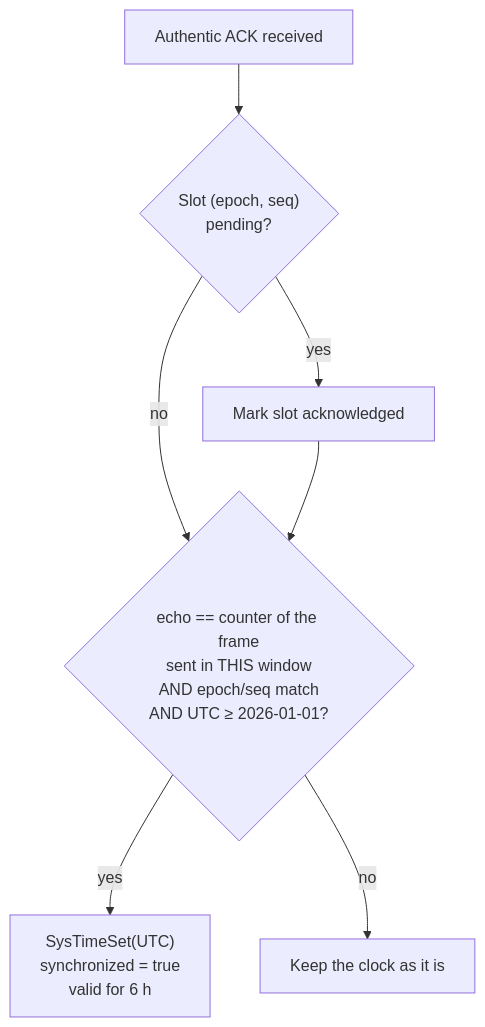
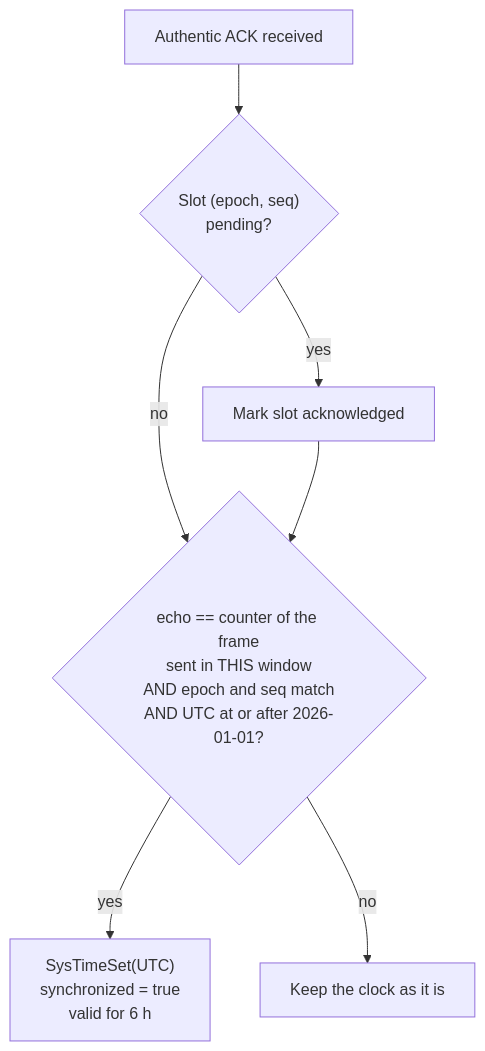
Diagram 17 of 22 in docs/protocol-stack.md (clintecker/weather-station-2026), drawn with Mermaid before and after one commit. The commit also changed other lines of this file and 25 other files, not shown here.

First line of the commit message:
Docs: Mermaid diagrams, no insider jargon, stale figures corrected

````diff
--- a/docs/protocol-stack.md
+++ b/docs/protocol-stack.md
@@ -703,9 +803,9 @@
 ```mermaid
 flowchart TD
   A["Authentic ACK received"] --> F{"Slot (epoch, seq)<br/>pending?"}
   F -- yes --> C["Mark slot acknowledged"]
   F -- no --> T
-  C --> T{"echo == counter of the frame<br/>sent in THIS window<br/>AND epoch/seq match<br/>AND UTC ≥ 2026-01-01?"}
+  C --> T{"echo == counter of the frame<br/>sent in THIS window<br/>AND epoch and seq match<br/>AND UTC at or after 2026-01-01?"}
   T -- yes --> S["SysTimeSet(UTC)<br/>synchronized = true<br/>valid for 6 h"]
   T -- no --> K["Keep the clock as it is"]
 ```
````
